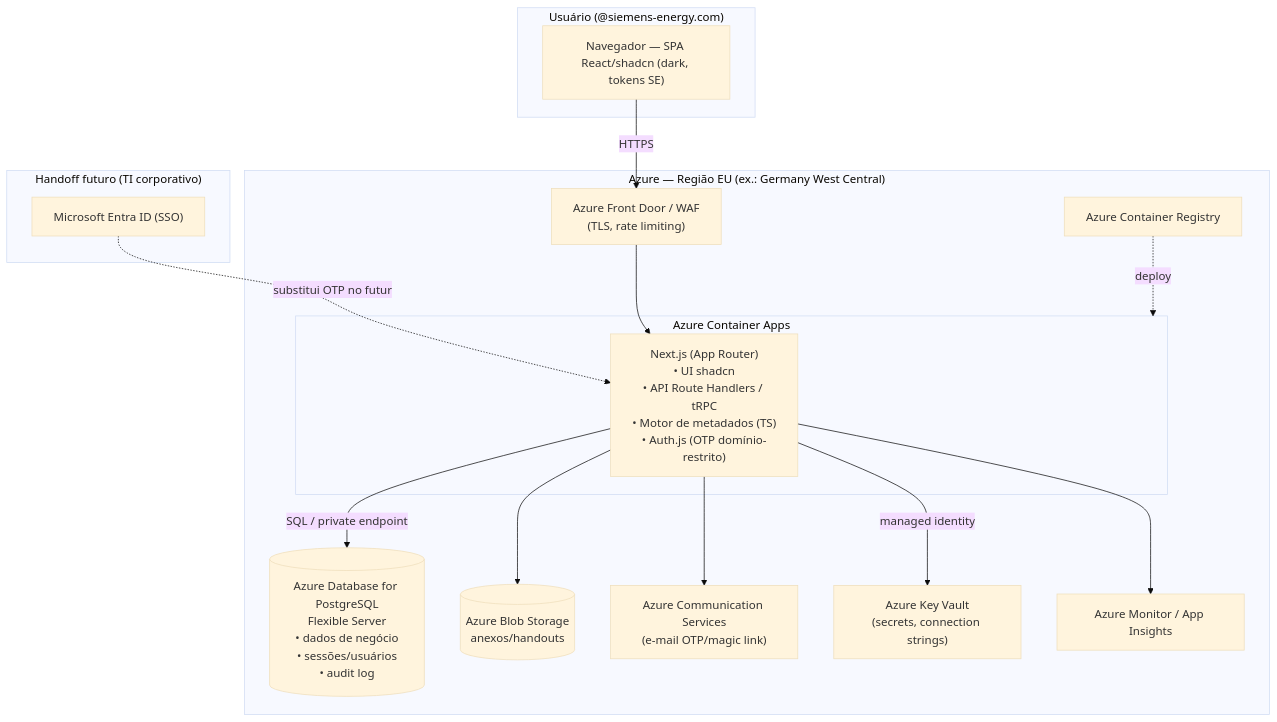
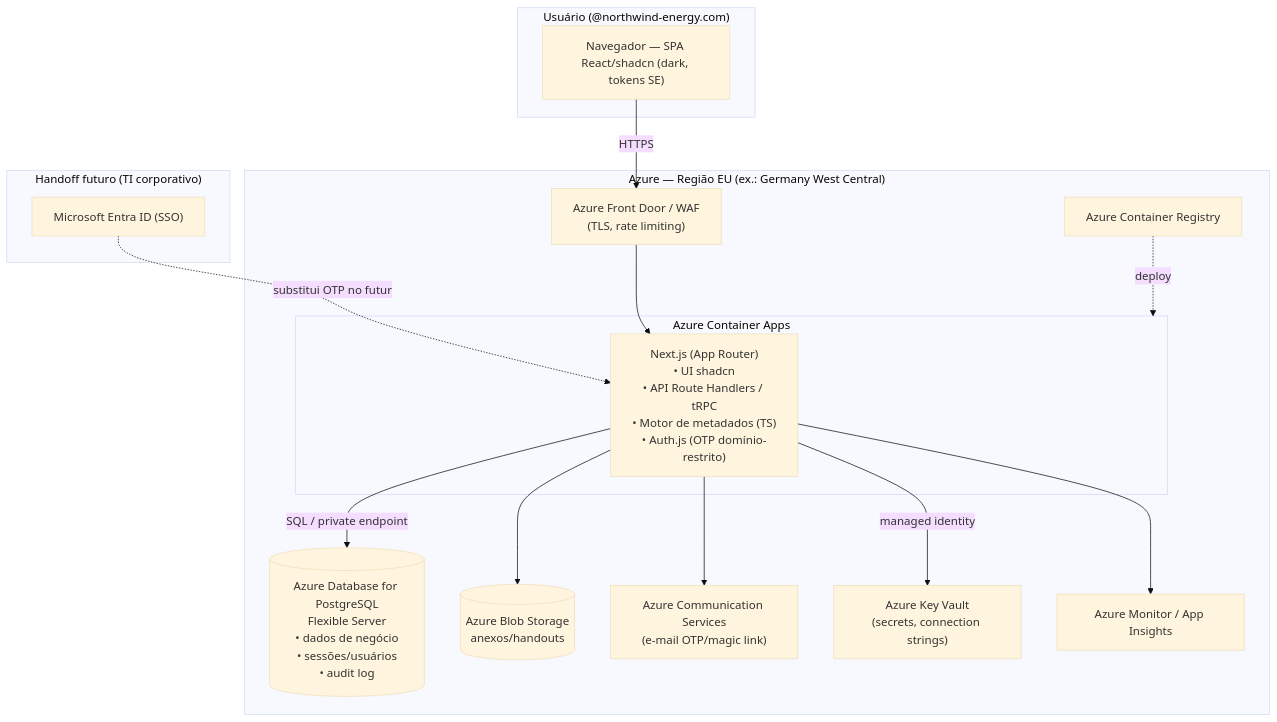
Before and after one commit to BOVArafa/EDQMS: the diagram in prototype/ARCHITECTURE_MVP.md, drawn with Mermaid (base theme). The commit also changed other lines of this file and 41 other files, not shown here.

````diff
--- a/prototype/ARCHITECTURE_MVP.md
+++ b/prototype/ARCHITECTURE_MVP.md
@@ -62,32 +62,32 @@
 ```mermaid
 flowchart TB
-    subgraph User["Usuário (@siemens-energy.com)"]
+    subgraph User["Usuário (@northwind-energy.com)"]
         B["Navegador — SPA React/shadcn (dark, tokens SE)"]
     end
 
     subgraph Azure["Azure — Região EU (ex.: Germany West Central)"]
         FD["Azure Front Door / WAF\n(TLS, rate limiting)"]
         subgraph ACA["Azure Container Apps"]
             APP["Next.js (App Router)\n• UI shadcn\n• API Route Handlers / tRPC\n• Motor de metadados (TS)\n• Auth.js (OTP domínio-restrito)"]
         end
         PG[("Azure Database for PostgreSQL\nFlexible Server\n• dados de negócio\n• sessões/usuários\n• audit log")]
         BLOB[("Azure Blob Storage\nanexos/handouts")]
         ACS["Azure Communication Services\n(e-mail OTP/magic link)"]
         KV["Azure Key Vault\n(secrets, connection strings)"]
         ACR["Azure Container Registry"]
         LOG["Azure Monitor / App Insights"]
     end
 
     subgraph Future["Handoff futuro (TI corporativo)"]
         ENTRA["Microsoft Entra ID (SSO)"]
     end
 
     B -->|HTTPS| FD --> APP
     APP -->|SQL / private endpoint| PG
     APP --> BLOB
     APP --> ACS
     APP -->|managed identity| KV
     APP --> LOG
     ACR -.deploy.-> ACA
     ENTRA -.substitui OTP no futuro.-> APP
 ```
````
